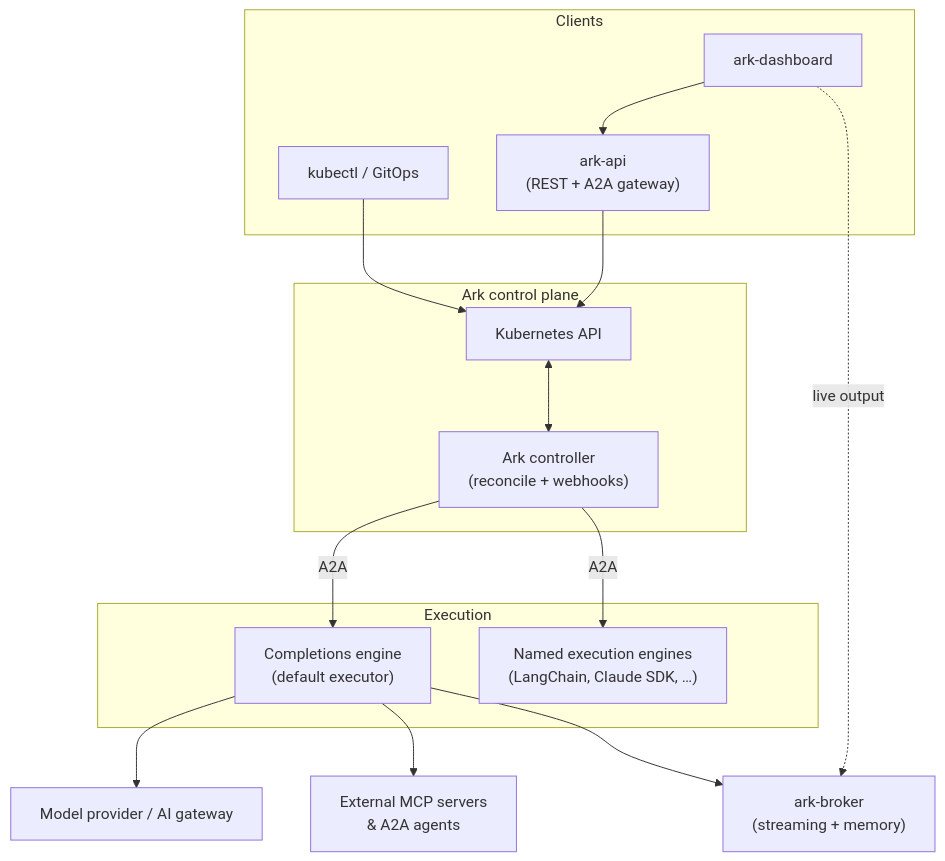
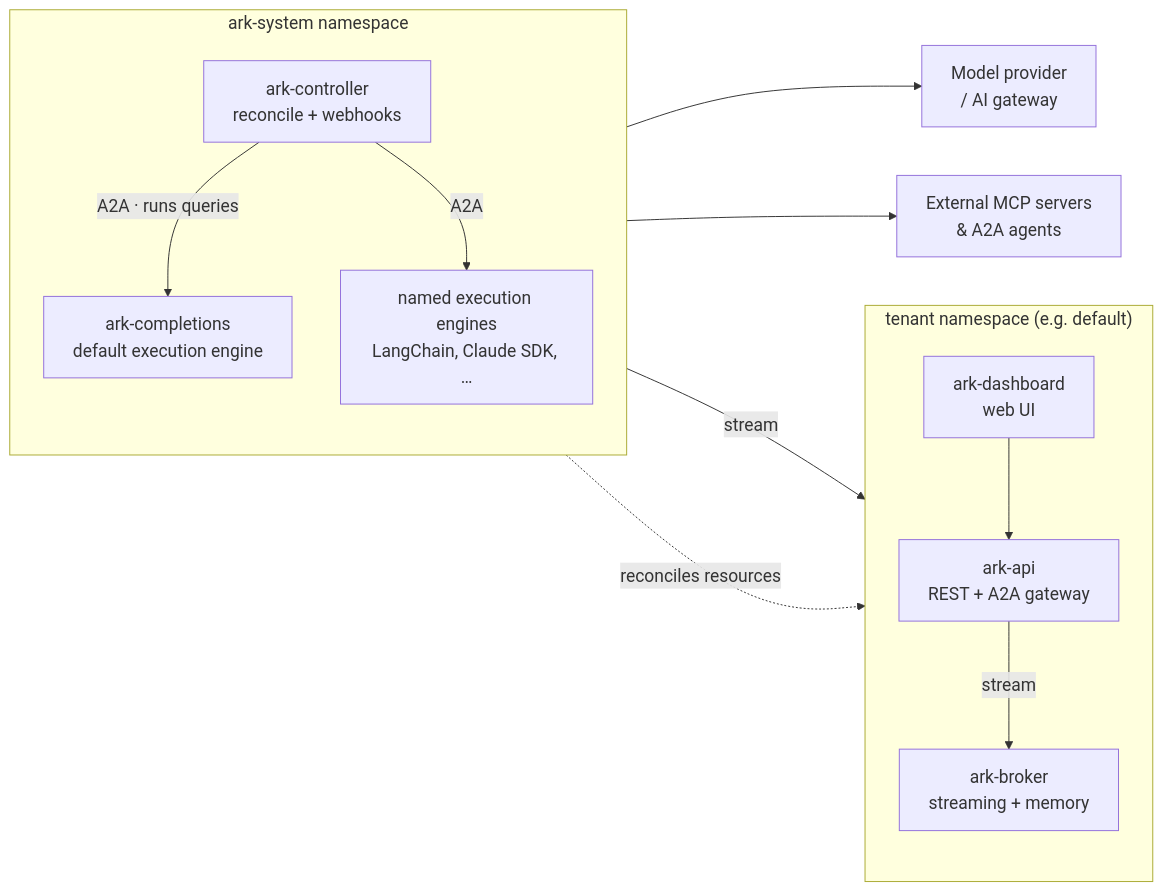
Before and after one commit to mckinsey/agents-at-scale-ark: the diagram in docs/content/reference/core-architecture.mdx, drawn with Mermaid. The commit also changed other lines of this file, not shown here.

Commit message:
docs: align core-arch diagram with core-concepts; drop ark-mcp aside
- Rename the topology diagram's "Clients" group to the tenant namespace and
  move ark-broker into it, matching the core-concepts diagram's namespace
  framing; drop the kubectl/GitOps node.
- Remove the ark-mcp aside from the MCP section.

````diff
--- a/docs/content/reference/core-architecture.mdx
+++ b/docs/content/reference/core-architecture.mdx
@@ -16,33 +16,29 @@
 ```mermaid
-flowchart TB
-    subgraph clients["Clients"]
-        kubectl["kubectl / GitOps"]
-        dashboard["ark-dashboard"]
-        api["ark-api<br/>(REST + A2A gateway)"]
+%%{init: {'themeVariables': {'fontSize': '18px'}, 'flowchart': {'rankSpacing': 80, 'nodeSpacing': 50}}}%%
+flowchart LR
+    subgraph arksystem["ark-system namespace"]
+        direction TB
+        controller["ark-controller<br/>reconcile + webhooks"]
+        completions["ark-completions<br/>default execution engine"]
+        engines["named execution engines<br/>LangChain, Claude SDK, …"]
     end
 
-    subgraph plane["Ark control plane"]
-        kubeapi["Kubernetes API"]
-        controller["Ark controller<br/>(reconcile + webhooks)"]
+    subgraph tenant["tenant namespace (e.g. default)"]
+        direction TB
+        api["ark-api<br/>REST + A2A gateway"]
+        dashboard["ark-dashboard<br/>web UI"]
+        broker["ark-broker<br/>streaming + memory"]
     end
 
-    subgraph exec["Execution"]
-        completions["Completions engine<br/>(default executor)"]
-        engines["Named execution engines<br/>(LangChain, Claude SDK, …)"]
-    end
-
-    broker["ark-broker<br/>(streaming + memory)"]
-    model["Model provider / AI gateway"]
+    model["Model provider<br/>/ AI gateway"]
     external["External MCP servers<br/>& A2A agents"]
 
     dashboard --> api
-    kubectl --> kubeapi
-    api --> kubeapi
-    kubeapi <--> controller
-    controller -- "A2A" --> completions
-    controller -- "A2A" --> engines
+    controller -.->|"reconciles resources"| tenant
+    controller -->|"A2A · runs queries"| completions
+    controller -->|"A2A"| engines
+    api -->|"stream"| broker
+    completions -->|"stream"| broker
     completions --> model
     completions --> external
-    completions --> broker
-    dashboard -. "live output" .-> broker
 ```
````
